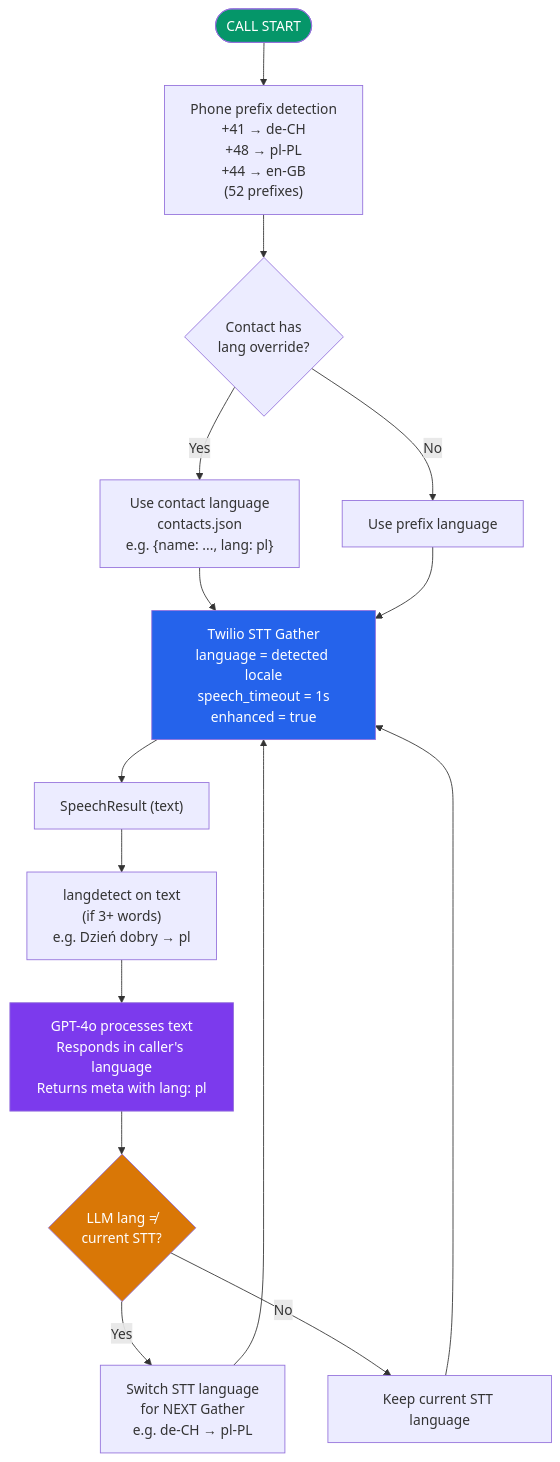
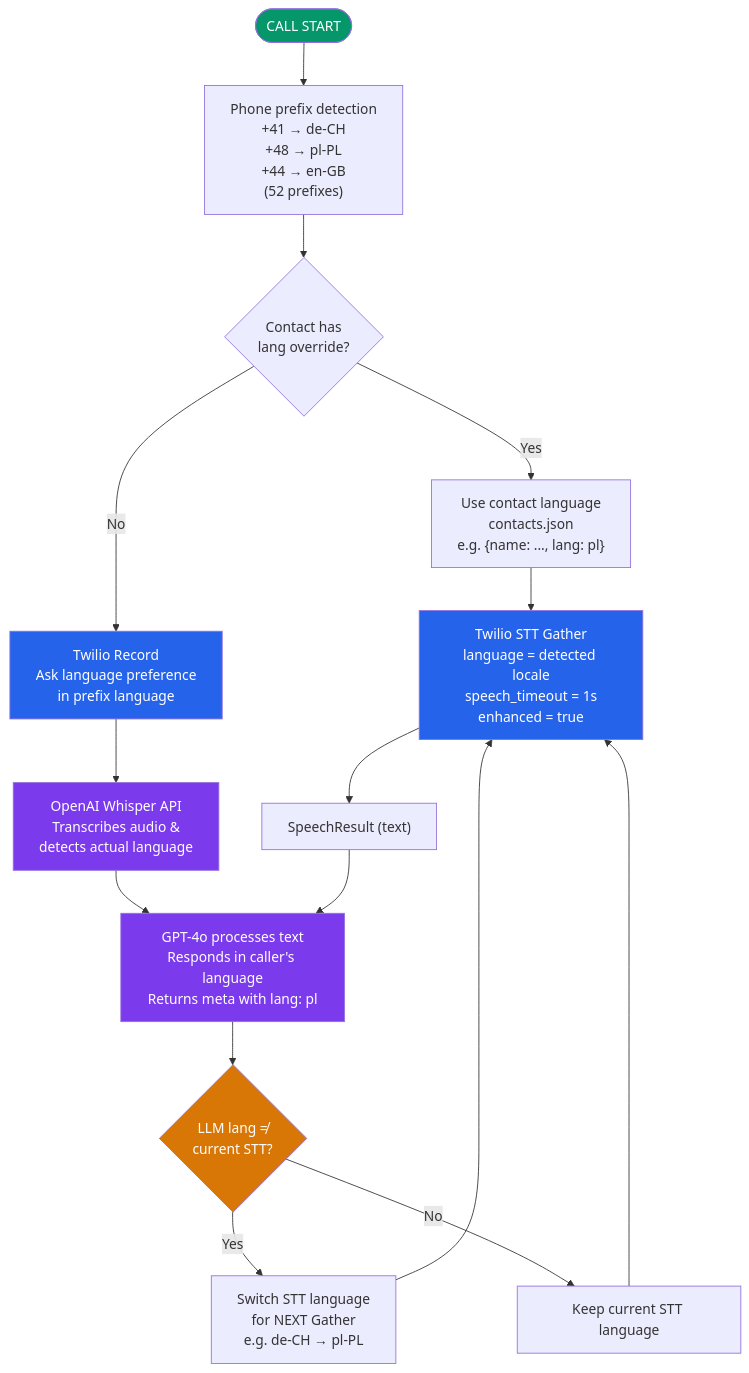
Before and after one commit to dzaczek/ava: the third of 7 diagrams in README.md, drawn with Mermaid. The commit also changed other lines of this file and 2 other files, not shown here.

First line of the commit message:
docs: Update README and INSTALL guides to reflect Whisper language detection

````diff
--- a/README.md
+++ b/README.md
@@ -179,30 +186,32 @@
 ```mermaid
 flowchart TD
     Start([CALL START]) --> Prefix["Phone prefix detection<br/>+41 → de-CH<br/>+48 → pl-PL<br/>+44 → en-GB<br/>(52 prefixes)"]
 
     Prefix --> ContactCheck{Contact has<br/>lang override?}
     ContactCheck -->|Yes| ContactLang["Use contact language<br/>contacts.json<br/>e.g. {name: ..., lang: pl}"]
-    ContactCheck -->|No| PrefixLang["Use prefix language"]
+    ContactCheck -->|No| Record["Twilio Record<br/>Ask language preference<br/>in prefix language"]
 
     ContactLang --> Gather
-    PrefixLang --> Gather
+    Record --> Whisper["OpenAI Whisper API<br/>Transcribes audio &<br/>detects actual language"]
+
+    Whisper --> GPT
 
     Gather["Twilio STT Gather<br/>language = detected locale<br/>speech_timeout = 1s<br/>enhanced = true"]
 
     Gather --> Speech["SpeechResult (text)"]
-    Speech --> Detect["langdetect on text<br/>(if 3+ words)<br/>e.g. Dzień dobry → pl"]
-
-    Detect --> GPT["GPT-4o processes text<br/>Responds in caller's language<br/>Returns meta with lang: pl"]
+    Speech --> GPT["GPT-4o processes text<br/>Responds in caller's language<br/>Returns meta with lang: pl"]
 
     GPT --> Switch{LLM lang ≠<br/>current STT?}
     Switch -->|Yes| Update["Switch STT language<br/>for NEXT Gather<br/>e.g. de-CH → pl-PL"]
     Switch -->|No| Keep["Keep current STT language"]
 
     Update --> Gather
     Keep --> Gather
 
     style Start fill:#059669,color:#fff
+    style Record fill:#2563eb,color:#fff
+    style Whisper fill:#7c3aed,color:#fff
     style Gather fill:#2563eb,color:#fff
     style GPT fill:#7c3aed,color:#fff
     style Switch fill:#d97706,color:#fff
 ```
````
